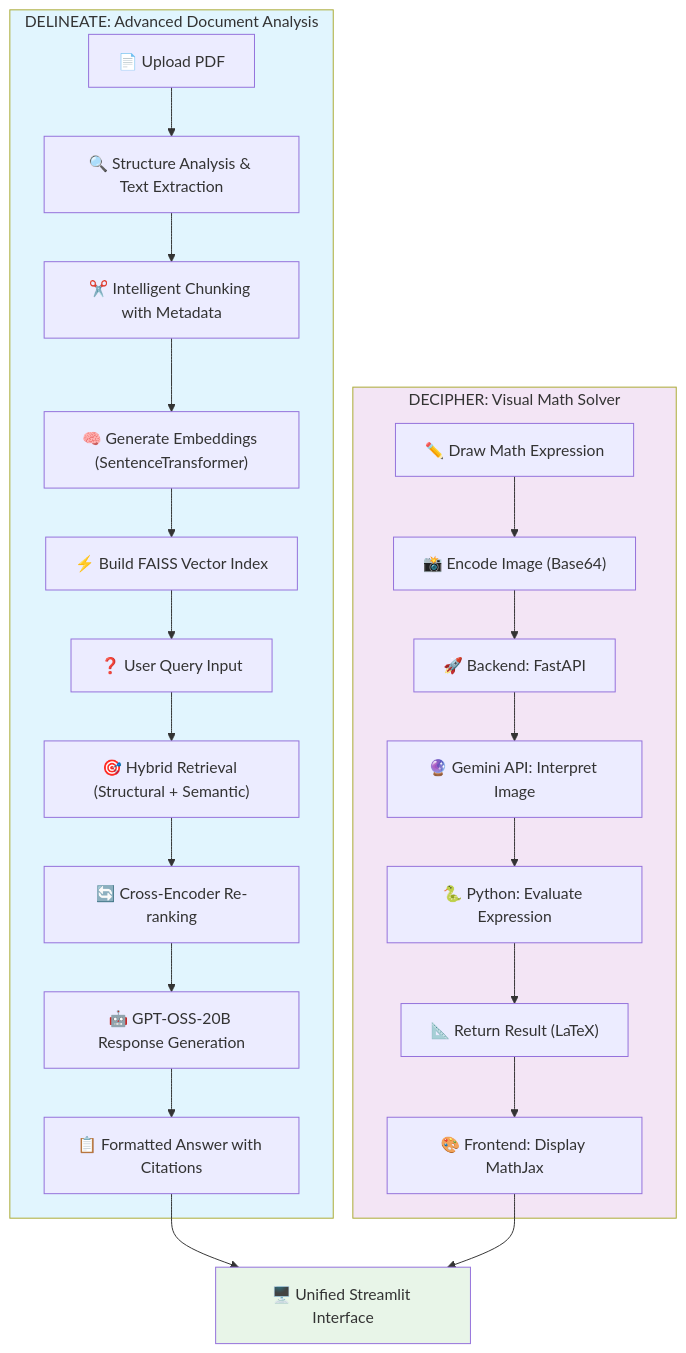
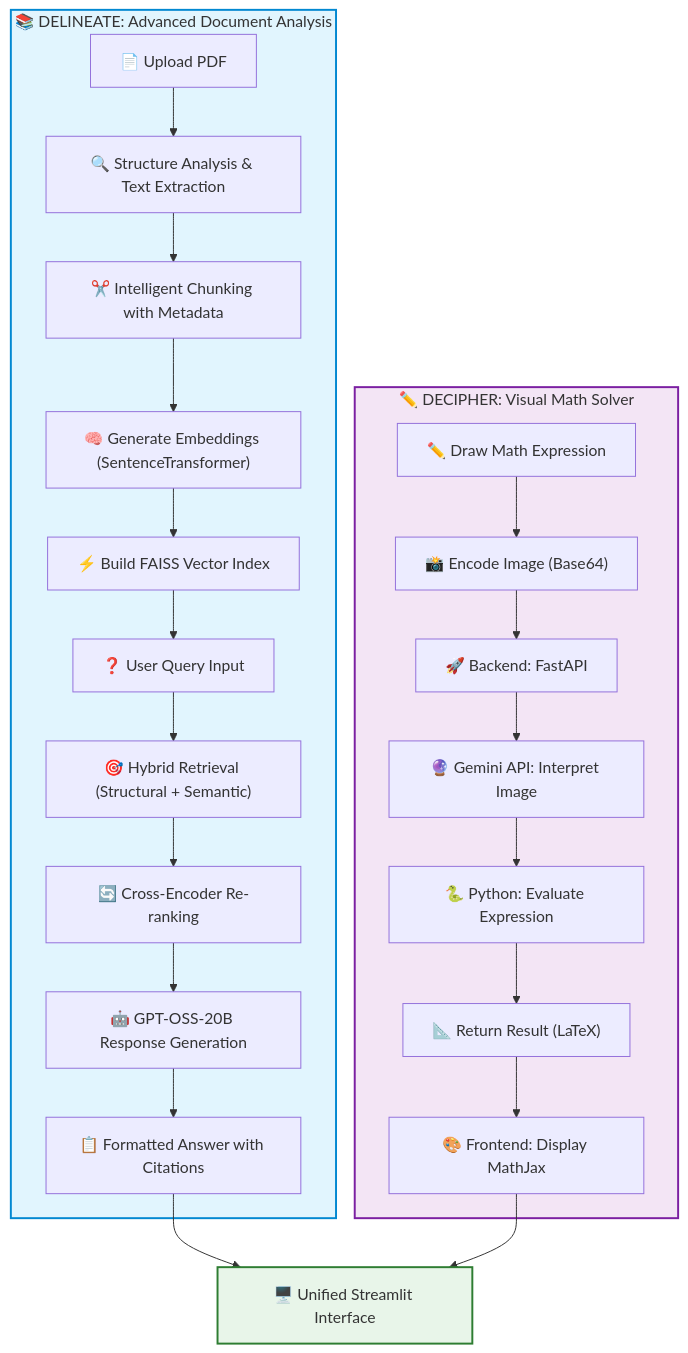
The diagram in README.md (coderRohan123/DELINEATE-AND-DECIPHER), drawn with Mermaid before and after one commit.

````diff
--- a/README.md
+++ b/README.md
@@ -221,30 +221,30 @@
 ```mermaid
-graph TD;
-    subgraph Delineate_Section["DELINEATE: Advanced Document Analysis"]
+graph TD
+    subgraph Delineate_Section ["📚 DELINEATE: Advanced Document Analysis"]
         A["📄 Upload PDF"] --> B["🔍 Structure Analysis & Text Extraction"]
         B --> C["✂️ Intelligent Chunking with Metadata"]
         C --> D["🧠 Generate Embeddings (SentenceTransformer)"]
         D --> E["⚡ Build FAISS Vector Index"]
         E --> F["❓ User Query Input"]
         F --> G["🎯 Hybrid Retrieval (Structural + Semantic)"]
         G --> H["🔄 Cross-Encoder Re-ranking"]
         H --> I["🤖 GPT-OSS-20B Response Generation"]
         I --> J["📋 Formatted Answer with Citations"]
     end
 
-    subgraph Decipher_Section["DECIPHER: Visual Math Solver"]
+    subgraph Decipher_Section ["✏️ DECIPHER: Visual Math Solver"]
         K["✏️ Draw Math Expression"] --> L["📸 Encode Image (Base64)"]
         L --> M["🚀 Backend: FastAPI"]
         M --> N["🔮 Gemini API: Interpret Image"]
         N --> O["🐍 Python: Evaluate Expression"]
         O --> P["📐 Return Result (LaTeX)"]
         P --> Q["🎨 Frontend: Display MathJax"]
     end
 
     J --> R["🖥️ Unified Streamlit Interface"]
     Q --> R
 
-    style Delineate_Section fill:#e1f5fe
-    style Decipher_Section fill:#f3e5f5
-    style R fill:#e8f5e8
+    style Delineate_Section fill:#e1f5fe,stroke:#0288d1,stroke-width:2px
+    style Decipher_Section fill:#f3e5f5,stroke:#7b1fa2,stroke-width:2px
+    style R fill:#e8f5e9,stroke:#2e7d32,stroke-width:2px
 ```
````
